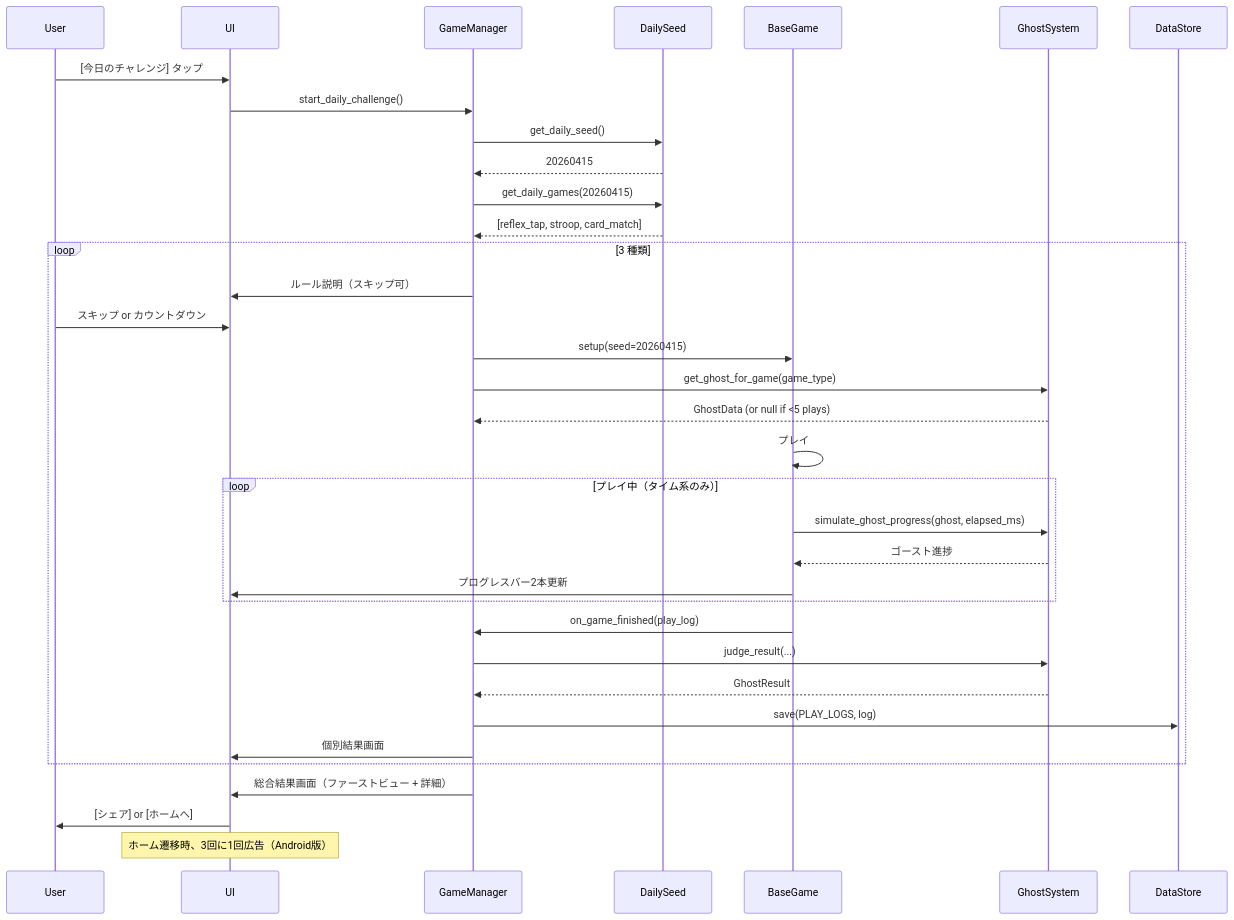
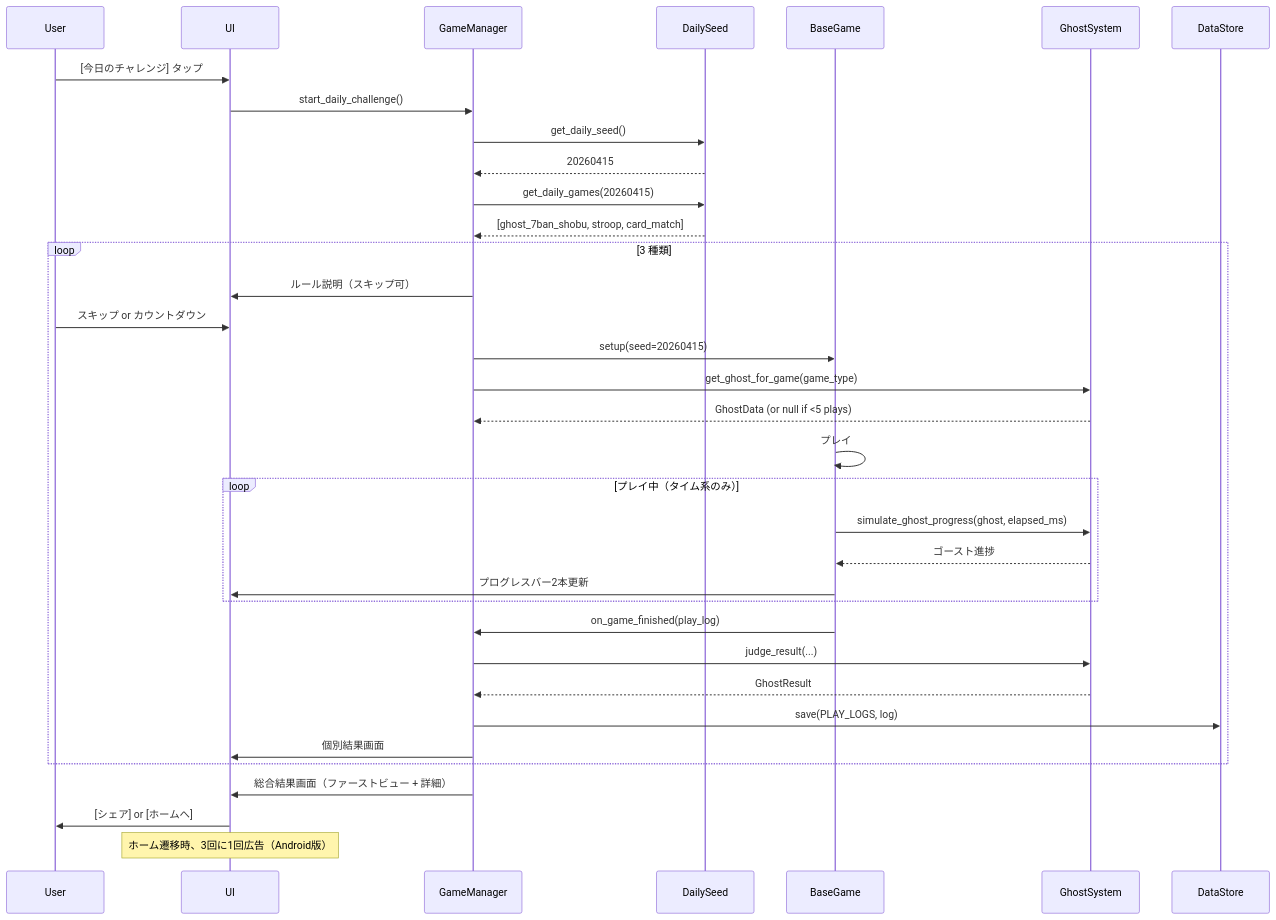
The fourth of 7 diagrams in docs/functional-design.md (fukaor/Brain-Ghost), drawn with Mermaid before and after one commit. The commit also changed other lines of this file and 124 other files, not shown here.

````diff
--- a/docs/functional-design.md
+++ b/docs/functional-design.md
@@ -678,40 +678,40 @@
 ```mermaid
 sequenceDiagram
     participant User
     participant UI
     participant GM as GameManager
     participant DSeed as DailySeed
     participant Games as BaseGame
     participant GS as GhostSystem
     participant DS as DataStore
 
     User->>UI: [今日のチャレンジ] タップ
     UI->>GM: start_daily_challenge()
     GM->>DSeed: get_daily_seed()
     DSeed-->>GM: 20260415
     GM->>DSeed: get_daily_games(20260415)
-    DSeed-->>GM: [reflex_tap, stroop, card_match]
+    DSeed-->>GM: [ghost_7ban_shobu, stroop, card_match]
 
     loop 3 種類
         GM->>UI: ルール説明（スキップ可）
         User->>UI: スキップ or カウントダウン
         GM->>Games: setup(seed=20260415)
         GM->>GS: get_ghost_for_game(game_type)
         GS-->>GM: GhostData (or null if <5 plays)
         Games->>Games: プレイ
         loop プレイ中（タイム系のみ）
             Games->>GS: simulate_ghost_progress(ghost, elapsed_ms)
             GS-->>Games: ゴースト進捗
             Games->>UI: プログレスバー2本更新
         end
         Games->>GM: on_game_finished(play_log)
         GM->>GS: judge_result(...)
         GS-->>GM: GhostResult
         GM->>DS: save(PLAY_LOGS, log)
         GM->>UI: 個別結果画面
     end
 
     GM->>UI: 総合結果画面（ファーストビュー + 詳細）
     UI->>User: [シェア] or [ホームへ]
     Note over UI: ホーム遷移時、3回に1回広告（Android版）
 ```
````
